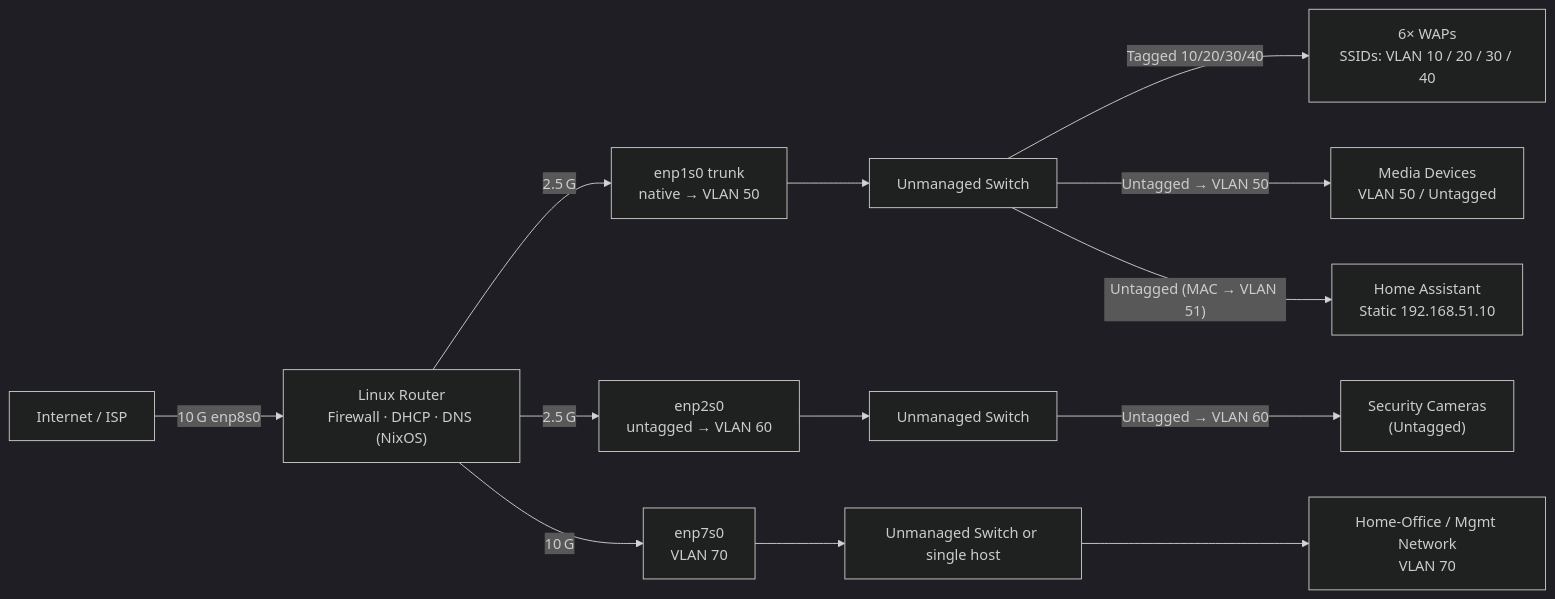
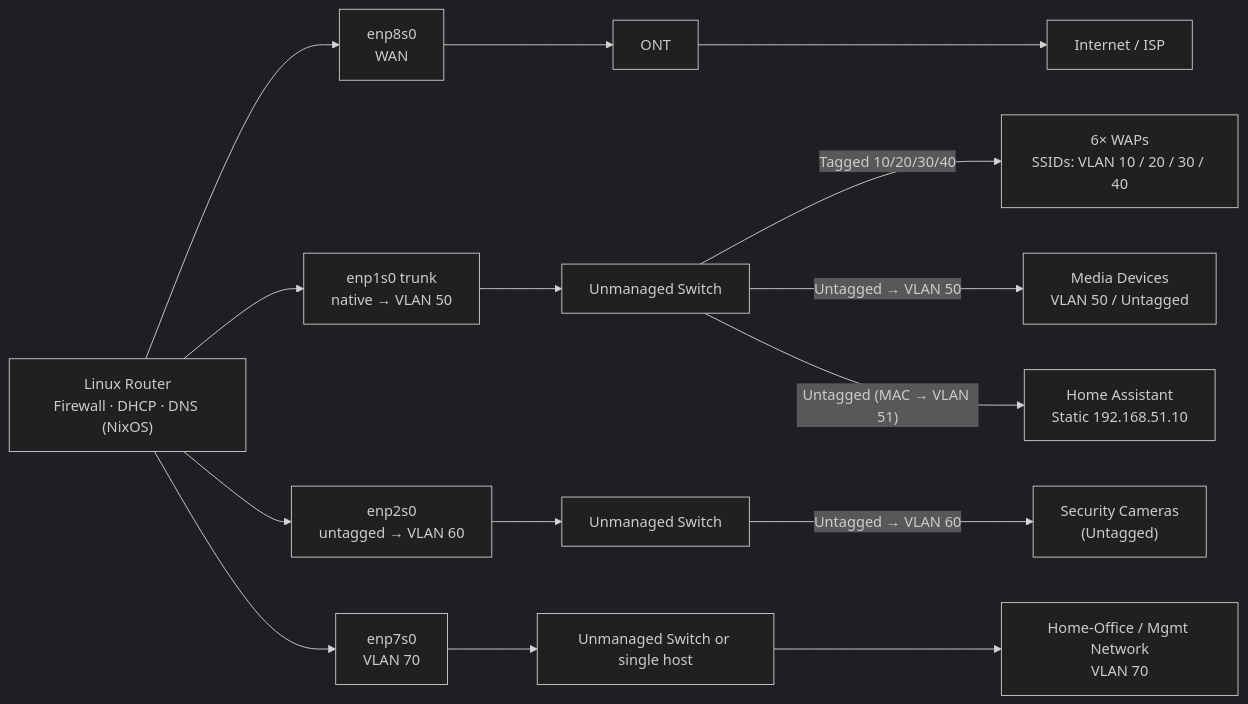
One commit to GEMISIS/home-network-setup changed the diagram in README.md. Above: the diagram before and after it, drawn with Mermaid (dark theme). The commit also changed 2 other files, not shown here.

Commit message:
Clarify logging paths and apply HTML breaks

````diff
--- a/README.md
+++ b/README.md
@@ -21,18 +21,21 @@
 ```mermaid
 flowchart LR
-    ISP["Internet / ISP"] -->|"10 G enp8s0"| Router["Linux Router<br/>Firewall · DHCP · DNS (NixOS)"]
+    Router["Linux Router</br>Firewall · DHCP · DNS (NixOS)"]
+    Router --> enp8s0["enp8s0</br>WAN"]
+    enp8s0 --> ONT["ONT"]
+    ONT --> ISP["Internet / ISP"]
 
-    Router -->|"2.5 G"| enp1s0["enp1s0 trunk\nnative → VLAN 50"]
+    Router --> enp1s0["enp1s0 trunk</br>native → VLAN 50"]
     enp1s0 --> SW1["Unmanaged Switch"]
-    SW1 -->|"Tagged 10/20/30/40"| WAPs["6× WAPs\nSSIDs: VLAN 10 / 20 / 30 / 40"]
-    SW1 -->|"Untagged → VLAN 50"| Media["Media Devices\nVLAN 50 / Untagged"]
-    SW1 -->|"Untagged (MAC → VLAN 51)"| HA["Home Assistant\nStatic 192.168.51.10"]
+    SW1 -->|"Tagged 10/20/30/40"| WAPs["6× WAPs</br>SSIDs: VLAN 10 / 20 / 30 / 40"]
+    SW1 -->|"Untagged → VLAN 50"| Media["Media Devices</br>VLAN 50 / Untagged"]
+    SW1 -->|"Untagged (MAC → VLAN 51)"| HA["Home Assistant</br>Static 192.168.51.10"]
 
-    Router -->|"2.5 G"| enp2s0["enp2s0\nuntagged → VLAN 60"]
+    Router --> enp2s0["enp2s0</br>untagged → VLAN 60"]
     enp2s0 --> SW2["Unmanaged Switch"]
-    SW2 -->|"Untagged → VLAN 60"| Cameras["Security Cameras\n(Untagged)"]
+    SW2 -->|"Untagged → VLAN 60"| Cameras["Security Cameras</br>(Untagged)"]
 
-    Router -->|"10 G"| enp7s0["enp7s0\nVLAN 70"]
+    Router --> enp7s0["enp7s0</br>VLAN 70"]
     enp7s0 --> SW3["Unmanaged Switch or single host"]
-    SW3 --> HomeOffice["Home-Office / Mgmt Network\nVLAN 70"]
+    SW3 --> HomeOffice["Home-Office / Mgmt Network</br>VLAN 70"]
 ```
````
